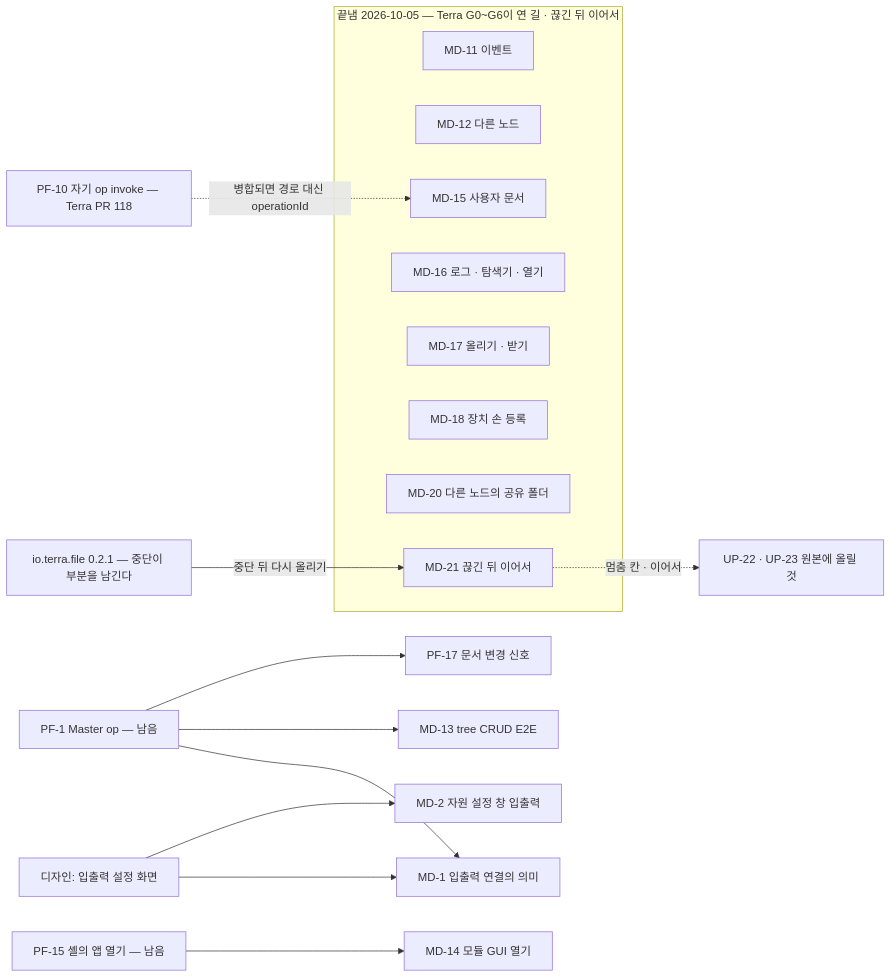
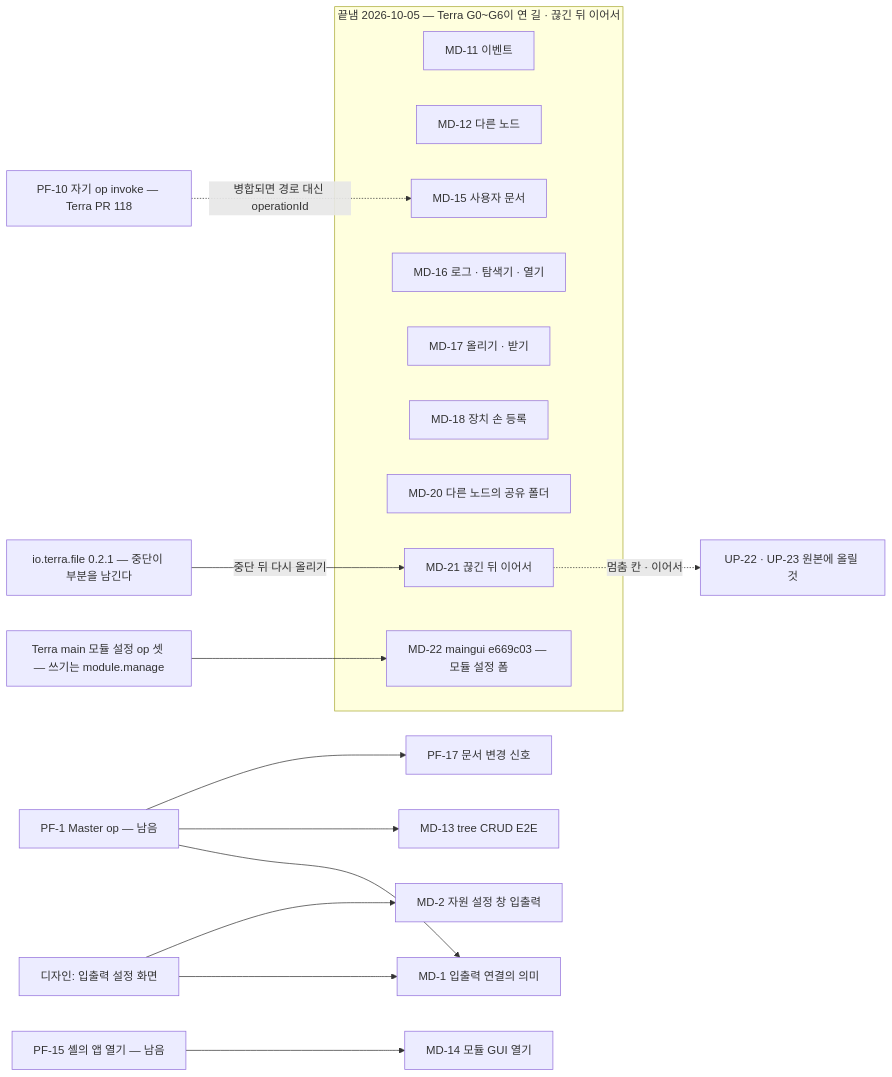
The diagram in common/lab.stellaxia.node-gui/web/docs/guides/implementation-backlog.md (StellaxiaLab/modules), drawn with Mermaid before and after one commit. The commit also changed other lines of this file and 8 other files, not shown here.

````diff
--- a/common/lab.stellaxia.node-gui/web/docs/guides/implementation-backlog.md
+++ b/common/lab.stellaxia.node-gui/web/docs/guides/implementation-backlog.md
@@ -50,22 +51,24 @@
 ```mermaid
 flowchart LR
   subgraph DONE["끝냄 2026-10-05 — Terra G0~G6이 연 길 · 끊긴 뒤 이어서"]
     MD11["MD-11 이벤트"]
     MD12["MD-12 다른 노드"]
     MD15["MD-15 사용자 문서"]
     MD16["MD-16 로그 · 탐색기 · 열기"]
     MD17["MD-17 올리기 · 받기"]
     MD18["MD-18 장치 손 등록"]
     MD20["MD-20 다른 노드의 공유 폴더"]
     MD21["MD-21 끊긴 뒤 이어서"]
+    MD22["MD-22 maingui e669c03 — 모듈 설정 폼"]
   end
+  CFG["Terra main 모듈 설정 op 셋 — 쓰기는 module.manage"] --> MD22
   FILE021["io.terra.file 0.2.1 — 중단이 부분을 남긴다"] -->|"중단 뒤 다시 올리기"| MD21
   MD21 -.->|"멈춤 칸 · 이어서"| UP22["UP-22 · UP-23 원본에 올릴 것"]
   PF10["PF-10 자기 op invoke — Terra PR 118"] -.->|"병합되면 경로 대신 operationId"| MD15
   PF1["PF-1 Master op — 남음"] --> MD1["MD-1 입출력 연결의 의미"]
   PF1 --> MD13["MD-13 tree CRUD E2E"]
   PF1 --> PF17["PF-17 문서 변경 신호"]
   PF15["PF-15 셸의 앱 열기 — 남음"] --> MD14["MD-14 모듈 GUI 열기"]
   DES["디자인: 입출력 설정 화면"] --> MD1
   DES --> MD2["MD-2 자원 설정 창 입출력"]
 ```
````
